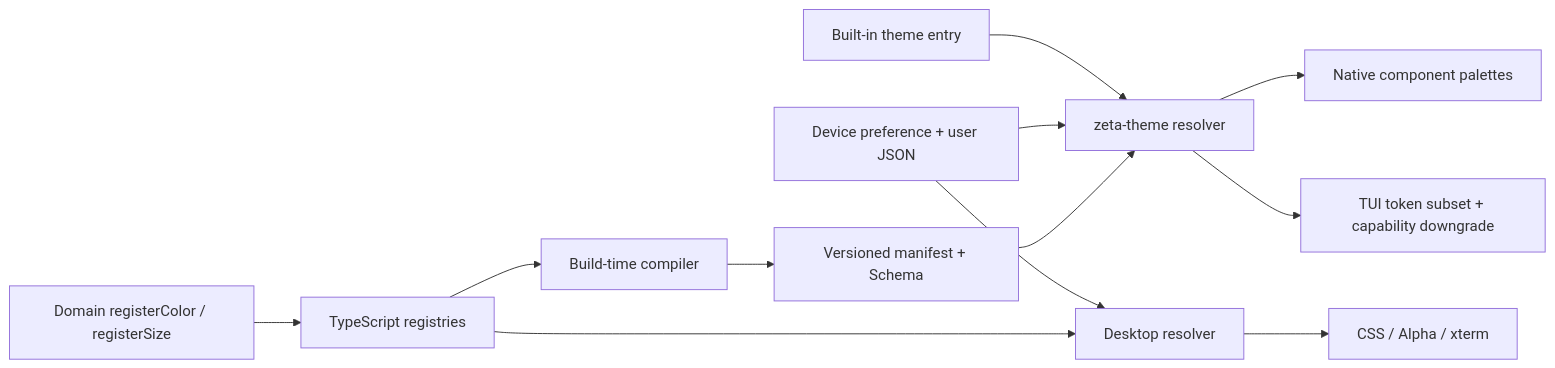
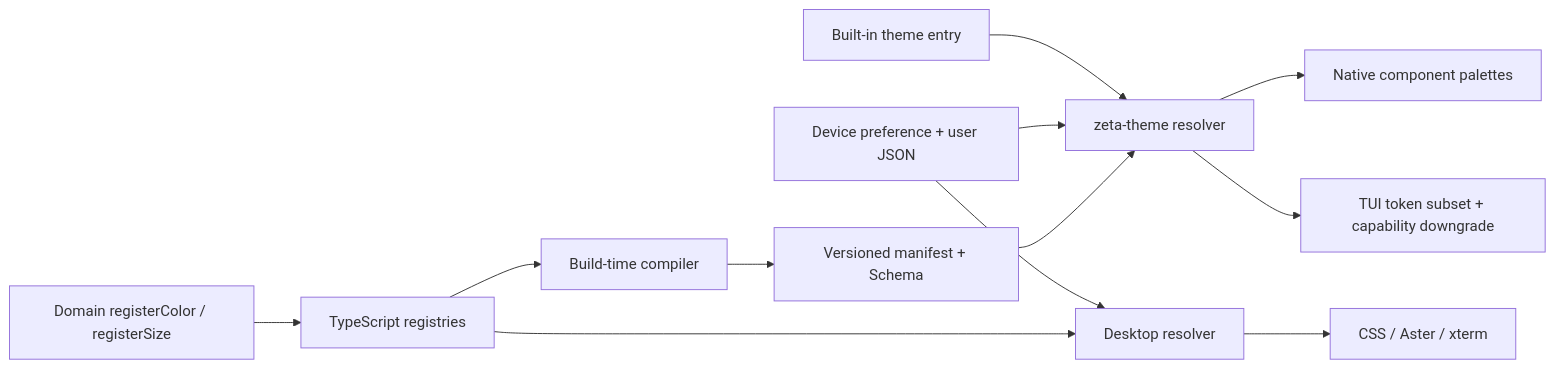
The diagram in docs/design-tokens.md (chogng/zeta), drawn with Mermaid before and after one commit. The commit also changed other lines of this file and 171 other files, not shown here.

````diff
--- a/docs/design-tokens.md
+++ b/docs/design-tokens.md
@@ -38,14 +38,14 @@
 ```mermaid
 flowchart LR
   A["Domain registerColor / registerSize"] --> B["TypeScript registries"]
   B --> C["Build-time compiler"]
   C --> D["Versioned manifest + Schema"]
   B --> E["Desktop resolver"]
   D --> F["zeta-theme resolver"]
   G["Device preference + user JSON"] --> E
   G --> F
   K["Built-in theme entry"] --> F
-  E --> H["CSS / Alpha / xterm"]
+  E --> H["CSS / Aster / xterm"]
   F --> I["Native component palettes"]
   F --> J["TUI token subset + capability downgrade"]
 ```
````
